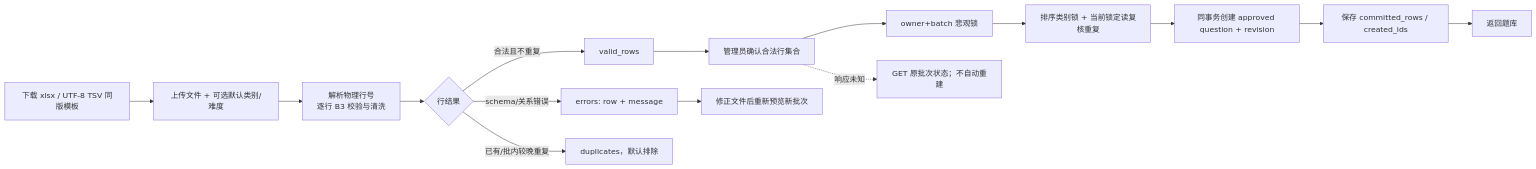
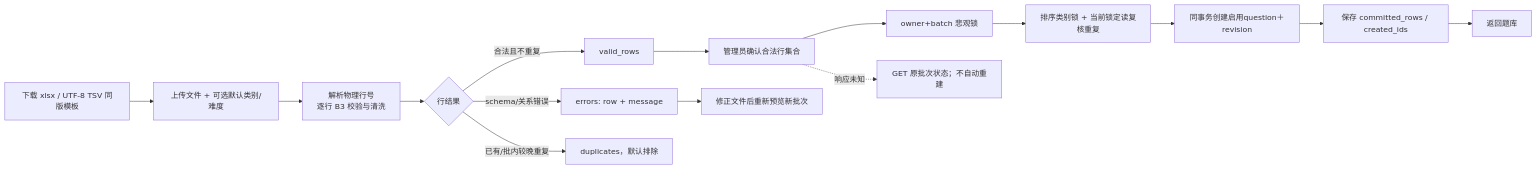
One commit to caoguanjie/emodor-exam changed the sixth of 21 diagrams in docs/design/06-关键流程.md. Above: the diagram before and after it, drawn with Mermaid. The commit also changed other lines of this file and 95 other files, not shown here.

````diff
--- a/docs/design/06-关键流程.md
+++ b/docs/design/06-关键流程.md
@@ -545,17 +420,17 @@
 ```mermaid
 flowchart LR
     T["下载 xlsx / UTF-8 TSV 同版模板"] --> U["上传文件 + 可选默认类别/难度"]
     U --> P["解析物理行号<br/>逐行 B3 校验与清洗"]
     P --> S{"行结果"}
     S -->|"合法且不重复"| V["valid_rows"]
     S -->|"schema/关系错误"| E["errors: row + message"]
     S -->|"已有/批内较晚重复"| D["duplicates，默认排除"]
     V --> C["管理员确认合法行集合"]
     C --> L["owner+batch 悲观锁"]
     L --> X["排序类别锁 + 当前锁定读复核重复"]
-    X --> Q["同事务创建 approved question + revision"]
+    X --> Q["同事务创建启用question＋revision"]
     Q --> R["保存 committed_rows / created_ids"]
     R --> B["返回题库"]
     E --> F["修正文件后重新预览新批次"]
     C -. "响应未知" .-> G["GET 原批次状态；不自动重建"]
 ```
````
